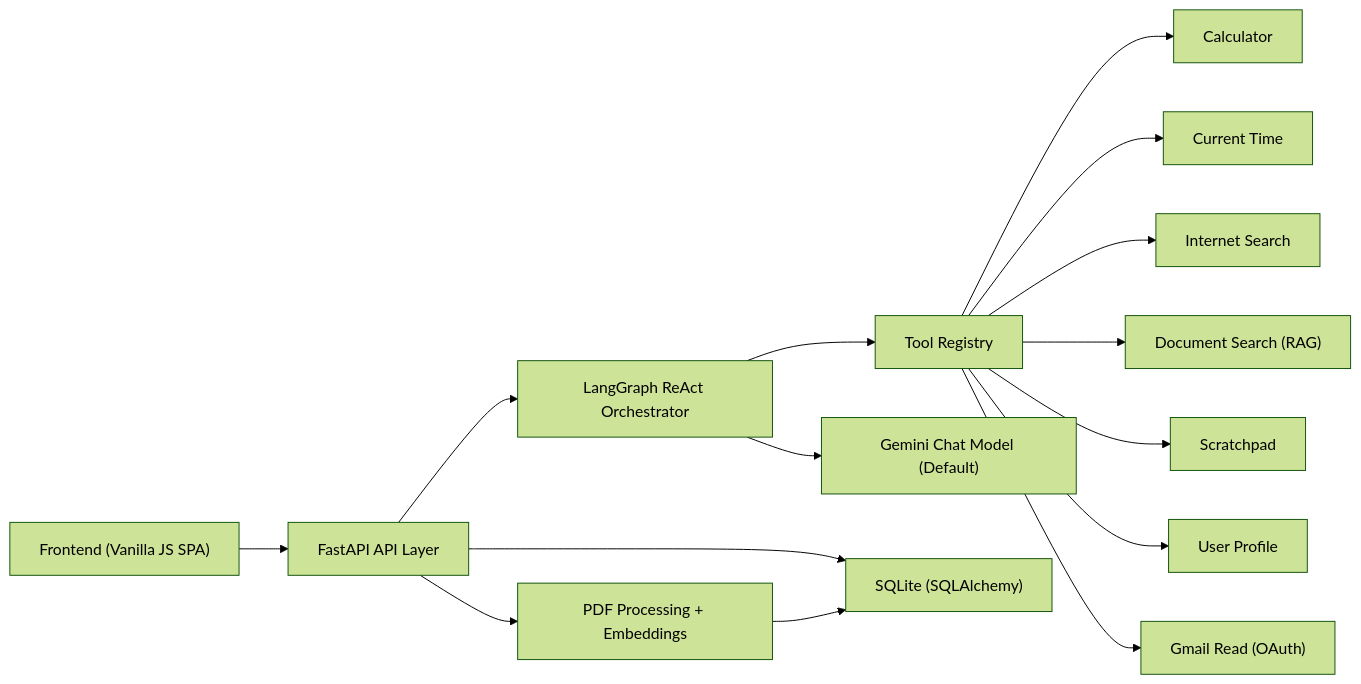
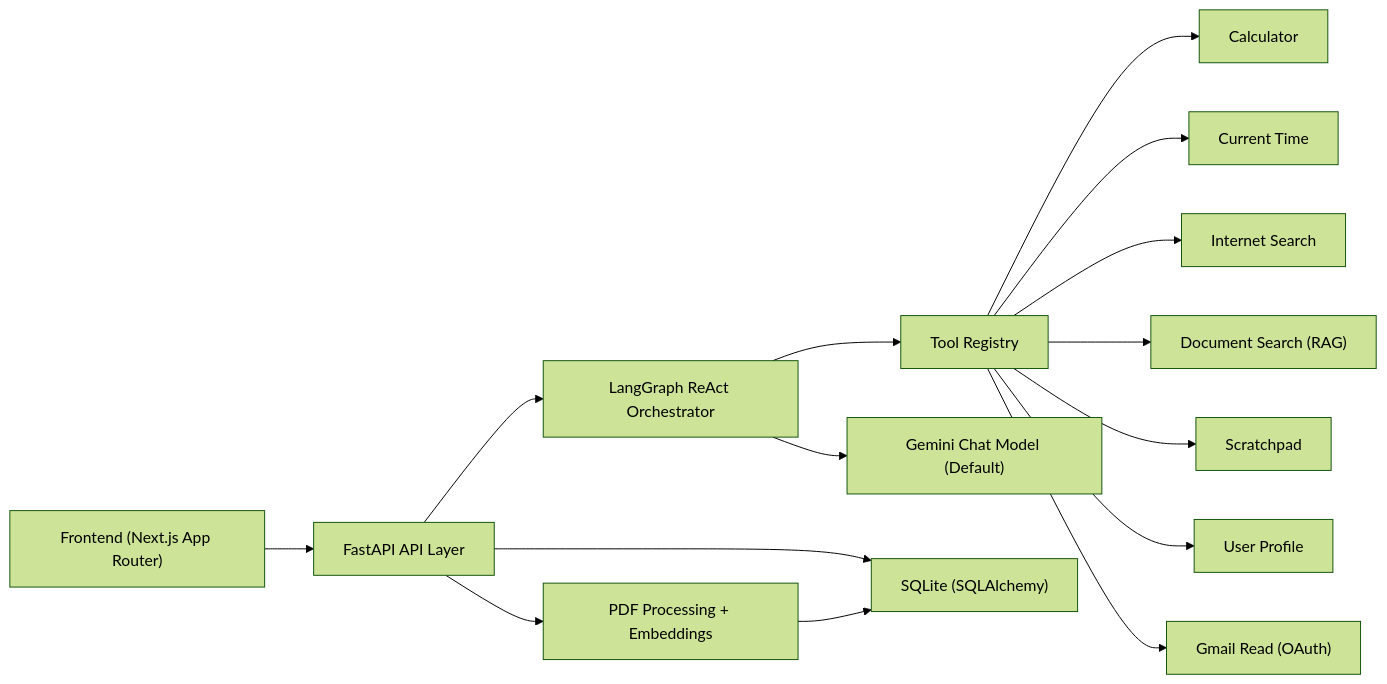
One commit to gtpooniwala/personal-agent changed the diagram in README.md. Above: the diagram before and after it, drawn with Mermaid (forest theme). The commit also changed other lines of this file and 36 other files, not shown here.

First line of the commit message:
[Frontend Migration] Move frontend from static HTML/JS to Next.js (#27)

````diff
--- a/README.md
+++ b/README.md
@@ -18,19 +18,19 @@
 ```mermaid
 flowchart LR
-    UI["Frontend (Vanilla JS SPA)"] --> API["FastAPI API Layer"]
+    UI["Frontend (Next.js App Router)"] --> API["FastAPI API Layer"]
     API --> ORCH["LangGraph ReAct Orchestrator"]
     ORCH --> REG["Tool Registry"]
     ORCH --> LLM["Gemini Chat Model (Default)"]
 
     REG --> CALC["Calculator"]
     REG --> TIME["Current Time"]
     REG --> SEARCH["Internet Search"]
     REG --> DOCS["Document Search (RAG)"]
     REG --> PAD["Scratchpad"]
     REG --> PROFILE["User Profile"]
     REG --> GMAIL["Gmail Read (OAuth)"]
 
     API --> DB["SQLite (SQLAlchemy)"]
     API --> DOCPROC["PDF Processing + Embeddings"]
     DOCPROC --> DB
 ```
````
